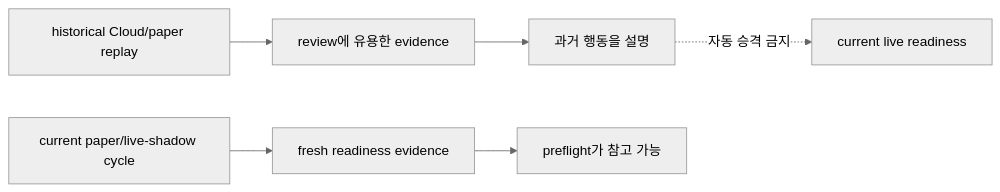
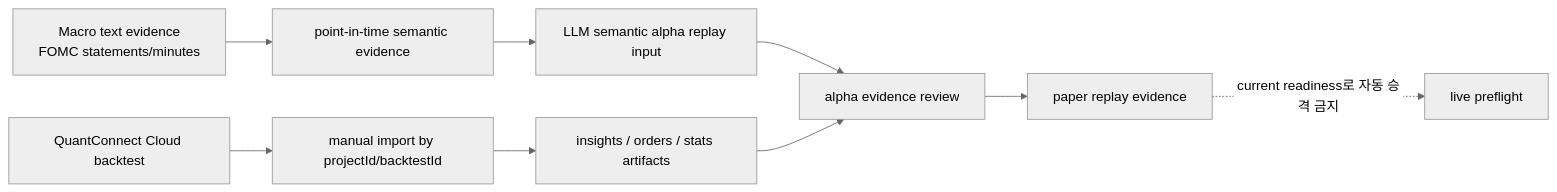
One commit to gigio1023/lincei-quant-research-engine changed the fifth of 7 diagrams in result.md. Above: the diagram before and after it, drawn with Mermaid (neutral theme). The commit also changed other lines of this file, not shown here.

Commit message:
Rewrite result guide around full project context

````diff
--- a/result.md
+++ b/result.md
@@ -162,9 +220,13 @@
 ```mermaid
 flowchart LR
-    A["historical Cloud/paper replay"] --> B["review에 유용한 evidence"]
-    B --> C["과거 행동을 설명"]
-    C -. "자동 승격 금지" .-> D["current live readiness"]
+    A["Macro text evidence<br/>FOMC statements/minutes"] --> B["point-in-time semantic evidence"]
+    B --> C["LLM semantic alpha replay input"]
 
-    E["current paper/live-shadow cycle"] --> F["fresh readiness evidence"]
-    F --> G["preflight가 참고 가능"]
+    D["QuantConnect Cloud backtest"] --> E["manual import by projectId/backtestId"]
+    E --> F["insights / orders / stats artifacts"]
+
+    C --> G["alpha evidence review"]
+    F --> G
+    G --> H["paper replay evidence"]
+    H -. "current readiness로 자동 승격 금지" .-> I["live preflight"]
 ```
````
